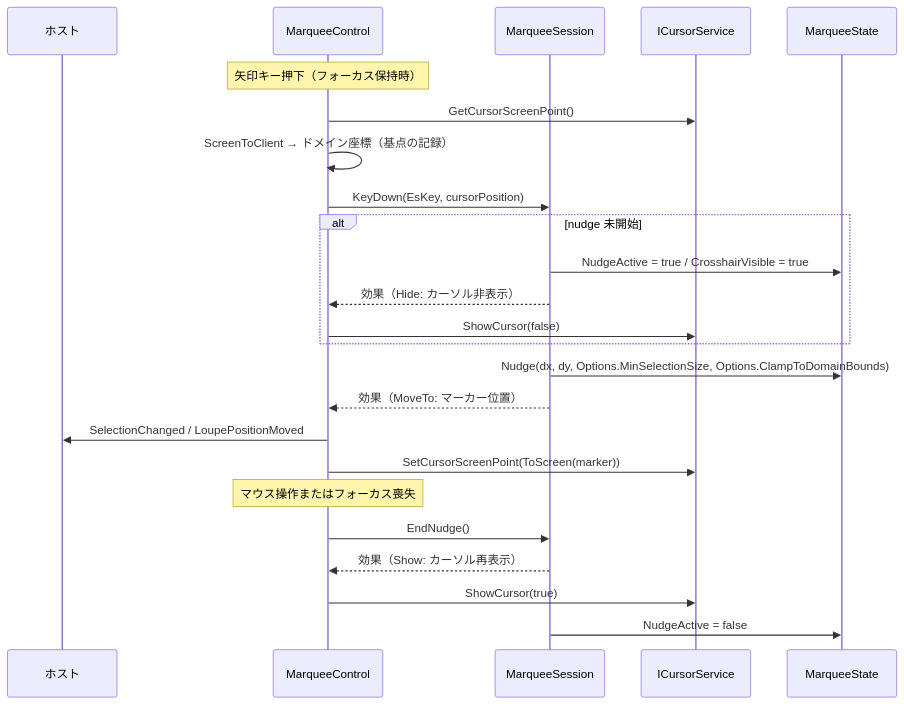
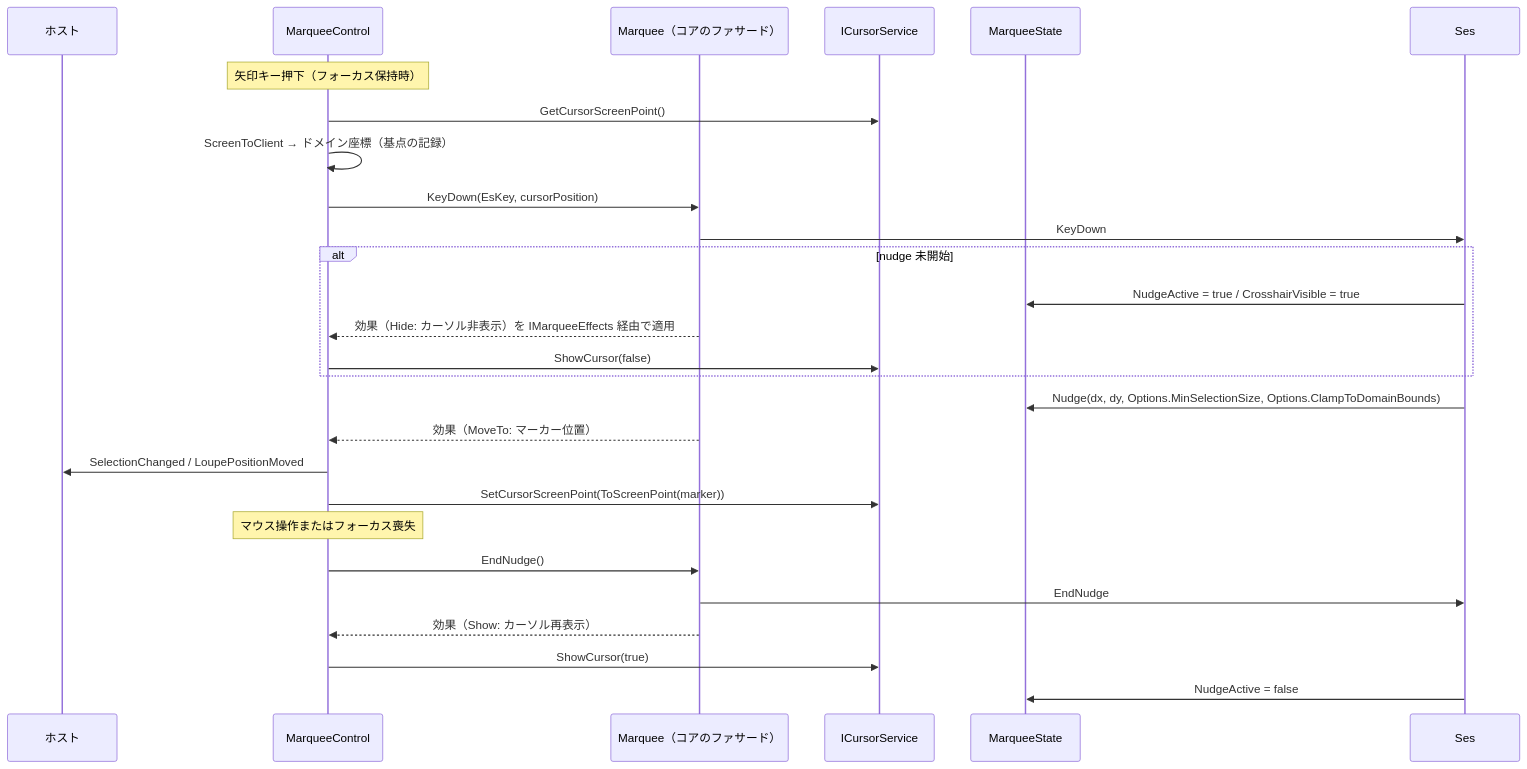
One commit to tomokuni/SaveEvidence changed the third of 4 diagrams in src/MarqueeControl.MewUI/SPEC_System.md. Above: the diagram before and after it, drawn with Mermaid. The commit also changed other lines of this file and 201 other files, not shown here.

````diff
--- a/src/MarqueeControl.MewUI/SPEC_System.md
+++ b/src/MarqueeControl.MewUI/SPEC_System.md
@@ -272,27 +297,29 @@
 ```mermaid
 sequenceDiagram
     participant Host as ホスト
     participant Ctl as MarqueeControl
-    participant Ses as MarqueeSession
+    participant Fac as Marquee（コアのファサード）
     participant Cur as ICursorService
     participant St as MarqueeState
 
     Note over Ctl: 矢印キー押下（フォーカス保持時）
     Ctl->>Cur: GetCursorScreenPoint()
     Ctl->>Ctl: ScreenToClient → ドメイン座標（基点の記録）
-    Ctl->>Ses: KeyDown(EsKey, cursorPosition)
+    Ctl->>Fac: KeyDown(EsKey, cursorPosition)
+    Fac->>Ses: KeyDown
     alt nudge 未開始
         Ses->>St: NudgeActive = true / CrosshairVisible = true
-        Ses-->>Ctl: 効果（Hide: カーソル非表示）
+        Fac-->>Ctl: 効果（Hide: カーソル非表示）を IMarqueeEffects 経由で適用
         Ctl->>Cur: ShowCursor(false)
     end
     Ses->>St: Nudge(dx, dy, Options.MinSelectionSize, Options.ClampToDomainBounds)
-    Ses-->>Ctl: 効果（MoveTo: マーカー位置）
+    Fac-->>Ctl: 効果（MoveTo: マーカー位置）
     Ctl->>Host: SelectionChanged / LoupePositionMoved
-    Ctl->>Cur: SetCursorScreenPoint(ToScreen(marker))
+    Ctl->>Cur: SetCursorScreenPoint(ToScreenPoint(marker))
     Note over Ctl: マウス操作またはフォーカス喪失
-    Ctl->>Ses: EndNudge()
-    Ses-->>Ctl: 効果（Show: カーソル再表示）
+    Ctl->>Fac: EndNudge()
+    Fac->>Ses: EndNudge
+    Fac-->>Ctl: 効果（Show: カーソル再表示）
     Ctl->>Cur: ShowCursor(true)
     Ses->>St: NudgeActive = false
 ```
````
